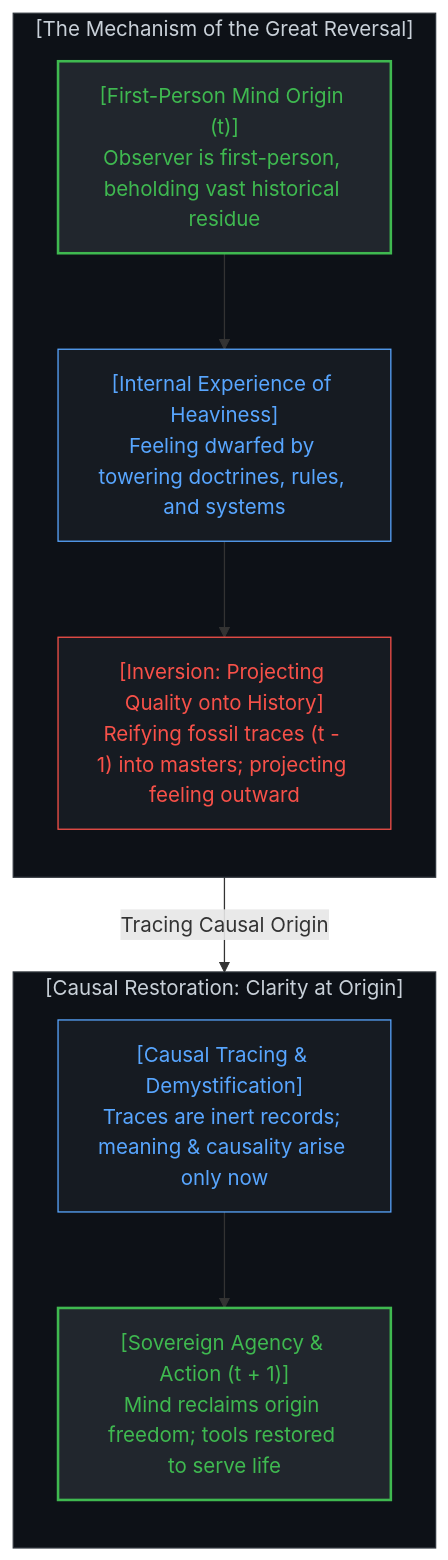
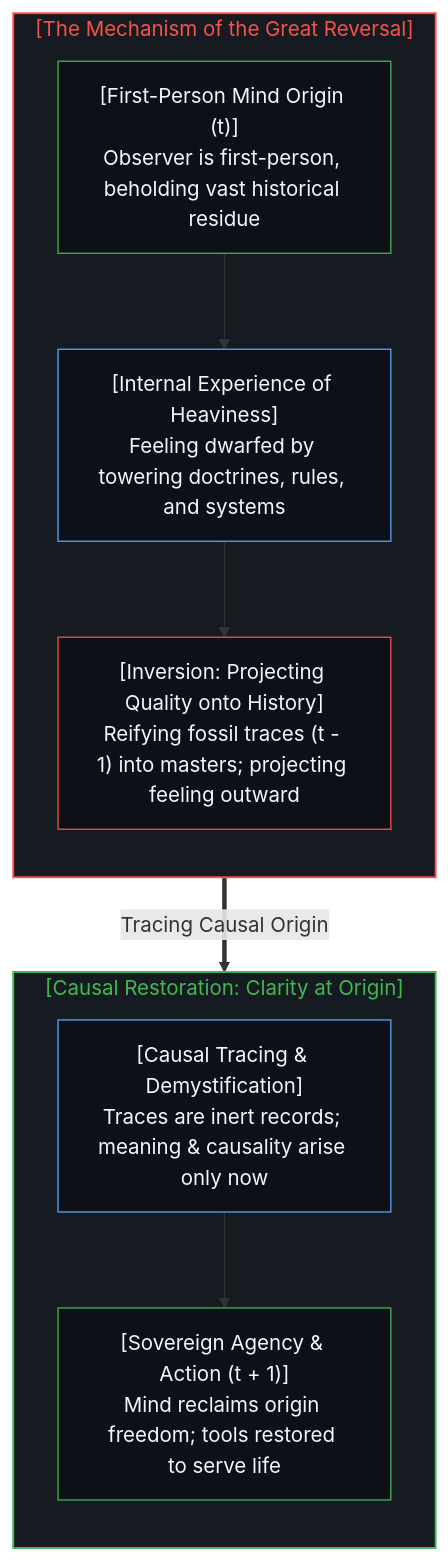
One commit to powerpig99/not-a-toe changed the second of 16 diagrams in content/posts/the-dissolution-of-the-great-reversal.md. Above: the diagram before and after it, drawn with Mermaid. The commit also changed other lines of this file and 11 other files, not shown here.

````diff
--- a/content/posts/the-dissolution-of-the-great-reversal.md
+++ b/content/posts/the-dissolution-of-the-great-reversal.md
@@ -81,28 +64,28 @@
 ```mermaid
-graph TD
-    subgraph TracingReversal["[The Mechanism of the Great Reversal]"]
+flowchart TD
+    subgraph S_Reversal["[The Mechanism of the Great Reversal]"]
         direction TB
-        ConsciousOrigin["[First-Person Mind Origin (t)]<br>Observer is first-person, beholding vast historical residue"]
-        InternalHeaviness["[Internal Experience of Heaviness]<br>Feeling dwarfed by towering doctrines, rules, and systems"]
-        ProjectionInversion["[Inversion: Projecting Quality onto History]<br>Reifying fossil traces (t - 1) into masters; projecting feeling outward"]
+        ConsciousOrigin["[First-Person Mind Origin (t)]<br/>Observer is first-person, beholding vast historical residue"]
+        InternalHeaviness["[Internal Experience of Heaviness]<br/>Feeling dwarfed by towering doctrines, rules, and systems"]
+        ProjectionInversion["[Inversion: Projecting Quality onto History]<br/>Reifying fossil traces (t - 1) into masters; projecting feeling outward"]
         ConsciousOrigin --> InternalHeaviness
         InternalHeaviness --> ProjectionInversion
     end
 
-    subgraph CausalClarity["[Causal Restoration: Clarity at Origin]"]
+    S_Reversal ==>|"Tracing Causal Origin"| S_Clarity
+
+    subgraph S_Clarity["[Causal Restoration: Clarity at Origin]"]
         direction TB
-        TraceDemystification["[Causal Tracing & Demystification]<br>Traces are inert records; meaning & causality arise only now"]
-        SovereignAgency["[Sovereign Agency & Action (t + 1)]<br>Mind reclaims origin freedom; tools restored to serve life"]
+        TraceDemystification["[Causal Tracing & Demystification]<br/>Traces are inert records; meaning & causality arise only now"]
+        SovereignAgency["[Sovereign Agency & Action (t + 1)]<br/>Mind reclaims origin freedom; tools restored to serve life"]
         TraceDemystification --> SovereignAgency
     end
 
-    ProjectionInversion -->|"Tracing Causal Origin"| TraceDemystification
-
-    style TracingReversal fill:#0d1117,stroke:#30363d,stroke-width:1px,color:#c9d1d9
-    style ConsciousOrigin fill:#21262d,stroke:#3fb950,stroke-width:2px,color:#3fb950
-    style InternalHeaviness fill:#161b22,stroke:#58a6ff,stroke-width:1px,color:#58a6ff
-    style ProjectionInversion fill:#161b22,stroke:#f85149,stroke-width:1px,color:#f85149
-    style CausalClarity fill:#0d1117,stroke:#30363d,stroke-width:1px,color:#c9d1d9
-    style TraceDemystification fill:#161b22,stroke:#58a6ff,stroke-width:1px,color:#58a6ff
-    style SovereignAgency fill:#21262d,stroke:#3fb950,stroke-width:2px,color:#3fb950
+    style S_Reversal fill:#161b22,stroke:#f85149,stroke-width:1.5px,color:#f85149
+    style S_Clarity fill:#161b22,stroke:#3fb950,stroke-width:1.5px,color:#3fb950
+    style ConsciousOrigin fill:#0d1117,stroke:#3fb950,stroke-width:1px,color:#f0f6fc
+    style InternalHeaviness fill:#0d1117,stroke:#58a6ff,stroke-width:1px,color:#f0f6fc
+    style ProjectionInversion fill:#0d1117,stroke:#f85149,stroke-width:1px,color:#f0f6fc
+    style TraceDemystification fill:#0d1117,stroke:#58a6ff,stroke-width:1px,color:#f0f6fc
+    style SovereignAgency fill:#0d1117,stroke:#3fb950,stroke-width:1px,color:#f0f6fc
 ```
````
